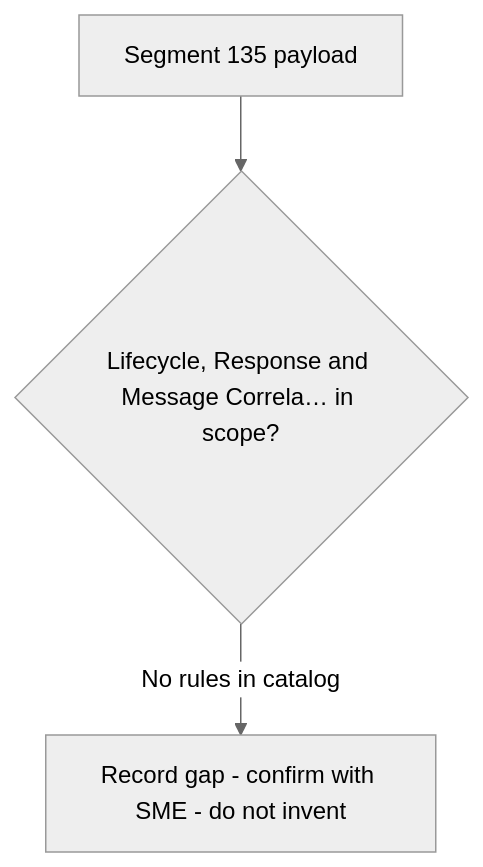
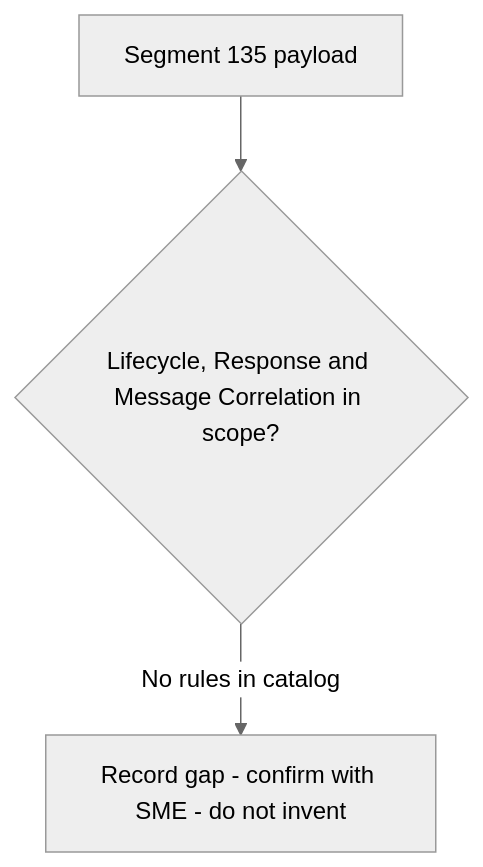
Before and after one commit to DhanSingh-hub/core-auth-ai-validation-framework: the diagram in regression-artifact-validator/specifications/ATL105/docs/specs/kb/segment-135/lifecycle-response-correlation-flow.md, drawn with Mermaid (neutral theme). The commit also changed 150 other files, not shown here.

````diff
--- a/regression-artifact-validator/specifications/ATL105/docs/specs/kb/segment-135/lifecycle-response-correlation-flow.md
+++ b/regression-artifact-validator/specifications/ATL105/docs/specs/kb/segment-135/lifecycle-response-correlation-flow.md
@@ -3,5 +3,5 @@
 ```mermaid
 flowchart TD
-    A[Segment 135 payload] --> B{Lifecycle, Response and Message Correla… in scope?}
+    A[Segment 135 payload] --> B{Lifecycle, Response and Message Correlation in scope?}
     B -->|No rules in catalog| G[Record gap - confirm with SME - do not invent]
 ```
````
